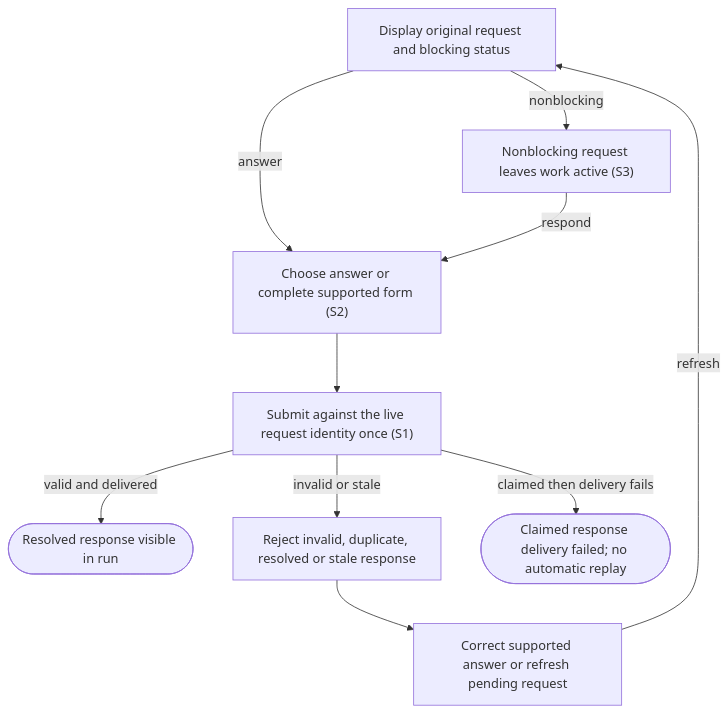
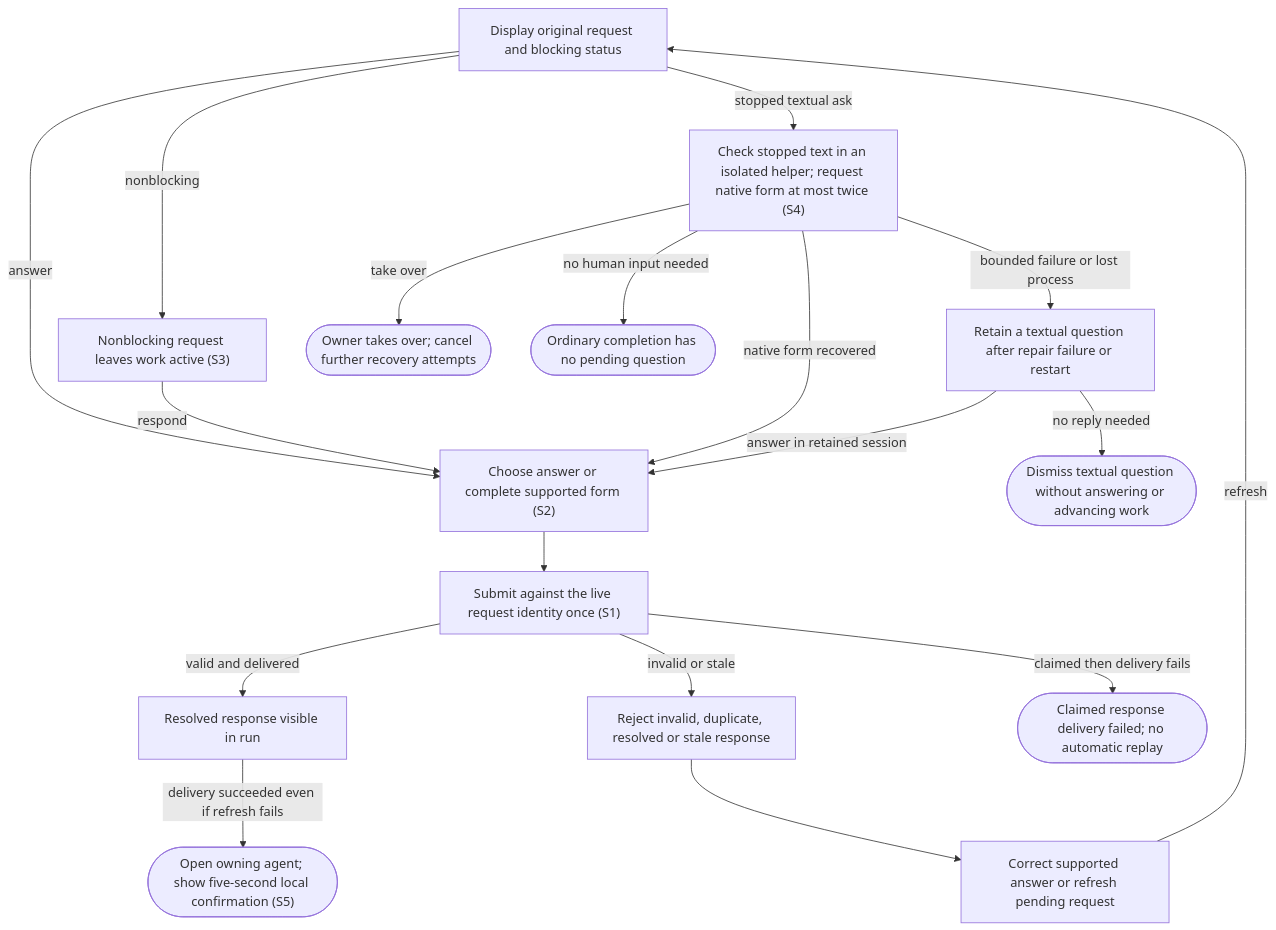
The diagram in docs/user-flows/answer-attention.md (dk-code-factory/code-factory-plugin), drawn with Mermaid before and after one commit. The commit also changed other lines of this file and 43 other files, not shown here.

````diff
--- a/docs/user-flows/answer-attention.md
+++ b/docs/user-flows/answer-attention.md
@@ -37,20 +39,34 @@
 ```mermaid
 flowchart TD
     N0["Display original request and blocking status"]
     N1["Choose answer or complete supported form #40;S2#41;"]
     N2["Submit against the live request identity once #40;S1#41;"]
-    N3(["Resolved response visible in run"])
+    N3["Resolved response visible in run"]
     N4["Reject invalid, duplicate, resolved or stale response"]
     N5["Correct supported answer or refresh pending request"]
     N6(["Claimed response delivery failed#59; no automatic replay"])
     N7["Nonblocking request leaves work active #40;S3#41;"]
+    N8["Check stopped text in an isolated helper#59; request native form at most twice #40;S4#41;"]
+    N9["Retain a textual question after repair failure or restart"]
+    N10(["Dismiss textual question without answering or advancing work"])
+    N11(["Owner takes over#59; cancel further recovery attempts"])
+    N12(["Open owning agent#59; show five-second local confirmation #40;S5#41;"])
+    N13(["Ordinary completion has no pending question"])
     N0 -->|"answer"| N1
     N0 -->|"nonblocking"| N7
     N7 -->|"respond"| N1
     N1 --> N2
     N2 -->|"valid and delivered"| N3
     N2 -->|"invalid or stale"| N4
     N4 --> N5
     N5 -->|"refresh"| N0
     N2 -->|"claimed then delivery fails"| N6
+    N0 -->|"stopped textual ask"| N8
+    N8 -->|"native form recovered"| N1
+    N8 -->|"bounded failure or lost process"| N9
+    N8 -->|"take over"| N11
+    N9 -->|"answer in retained session"| N1
+    N9 -->|"no reply needed"| N10
+    N3 -->|"delivery succeeded even if refresh fails"| N12
+    N8 -->|"no human input needed"| N13
 ```
````
